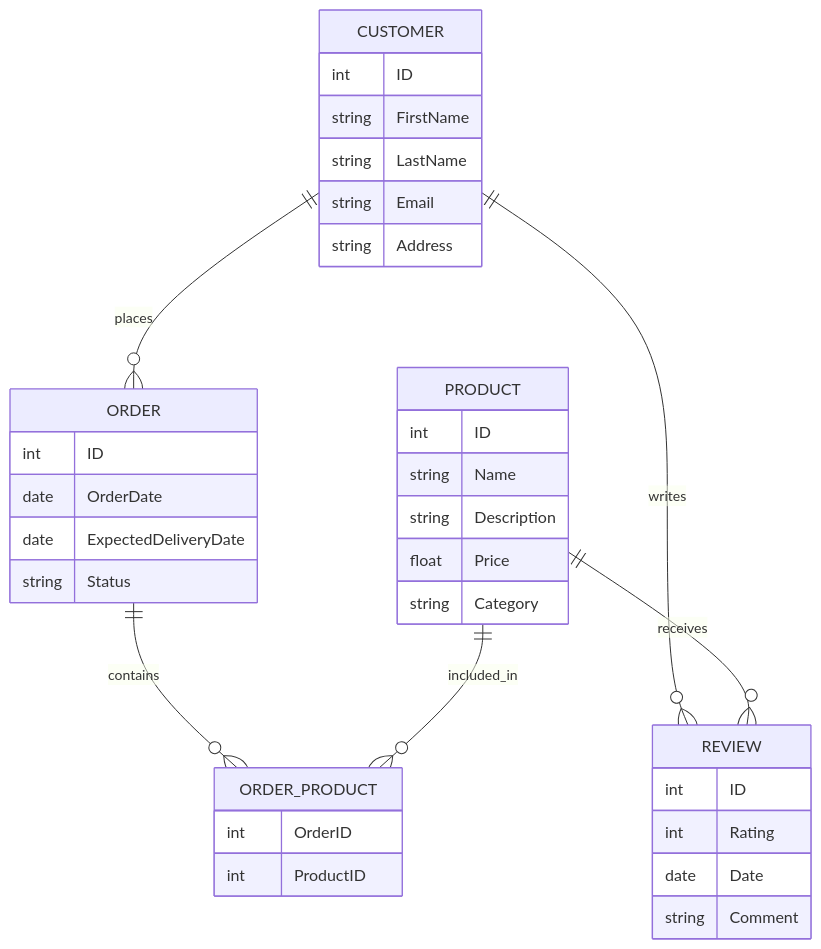
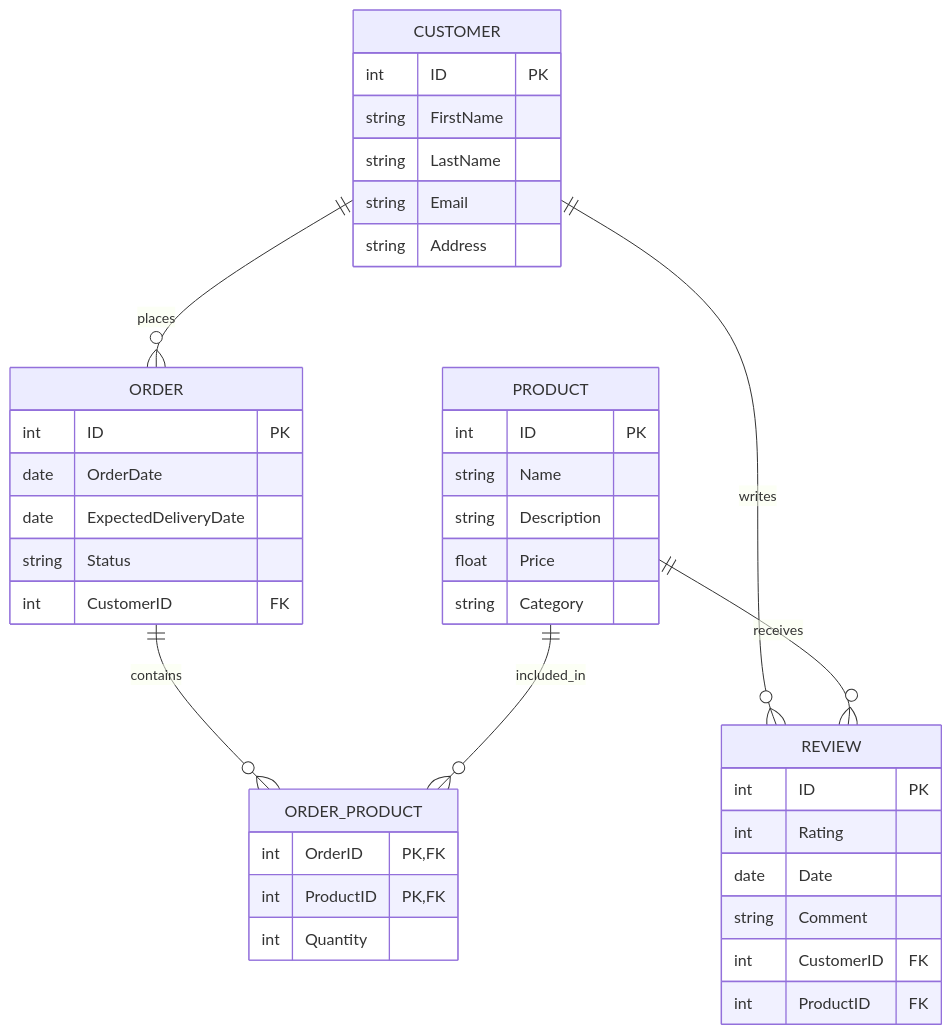
Before and after one commit to angelogalantiscuola/2425_5M: the diagram in src/e05.md, drawn with Mermaid. The commit also changed other lines of this file and 5 other files, not shown here.

````diff
--- a/src/e05.md
+++ b/src/e05.md
@@ -1,39 +5,43 @@
 ```mermaid
 erDiagram
     PRODUCT {
-        int ID
+        int ID PK
         string Name
         string Description
         float Price
         string Category
     }
     CUSTOMER {
-        int ID
+        int ID PK
         string FirstName
         string LastName
         string Email
         string Address
     }
     ORDER {
-        int ID
+        int ID PK
         date OrderDate
         date ExpectedDeliveryDate
         string Status
+        int CustomerID FK
     }
     REVIEW {
-        int ID
+        int ID PK
         int Rating
         date Date
         string Comment
+        int CustomerID FK
+        int ProductID FK
     }
     ORDER_PRODUCT {
-        int OrderID
-        int ProductID
+        int OrderID PK ,FK
+        int ProductID PK, FK
+        int Quantity
     }
 
     CUSTOMER ||--o{ ORDER : places
     ORDER ||--o{ ORDER_PRODUCT : contains
     PRODUCT ||--o{ ORDER_PRODUCT : included_in
     CUSTOMER ||--o{ REVIEW : writes
     PRODUCT ||--o{ REVIEW : receives
 ```
````
